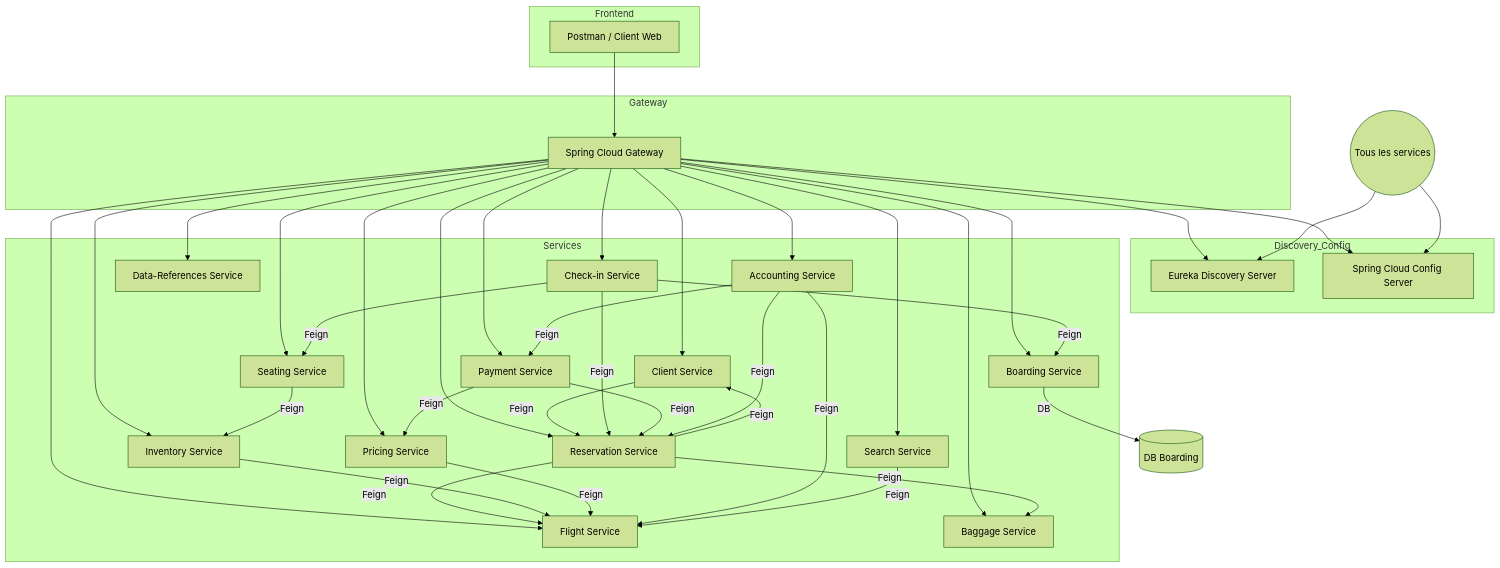
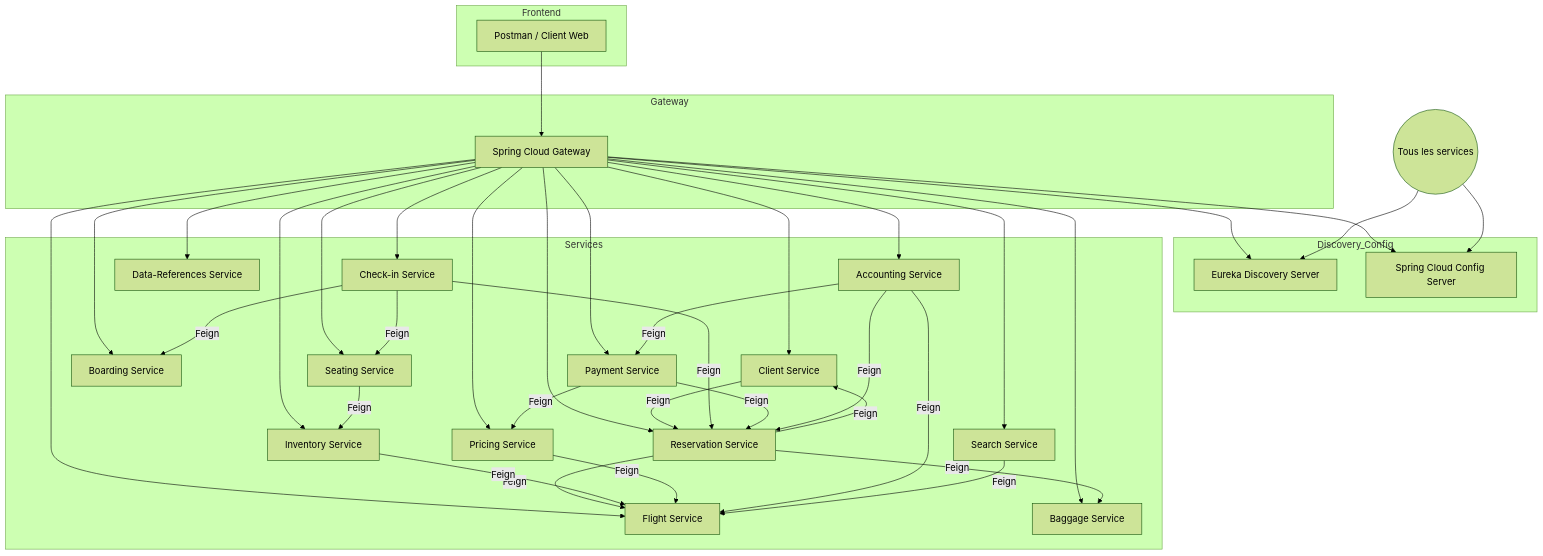
One commit to juliehuyen/FlightReservations changed the diagram in Diagramme d'architecture technique.mermaid. Above: the diagram before and after it, drawn with Mermaid (forest theme). The commit also changed other lines of this file, not shown here.

Commit message:
📝 Update Diagramme d'architecture technique.mermaid

```diff
--- a/Diagramme d'architecture technique.mermaid
+++ b/Diagramme d'architecture technique.mermaid
@@ -1,72 +1,71 @@
 
 graph TD
     subgraph Frontend
         Postman[Postman / Client Web]
     end
 
     subgraph Gateway
         GW[Spring Cloud Gateway]
     end
 
     subgraph Discovery_Config
         DISC[Eureka Discovery Server]
         CONFIG[Spring Cloud Config Server]
     end
 
     subgraph Services
         CLIENT[Client Service]
         RESERVATION[Reservation Service]
         FLIGHT[Flight Service]
         CHECKIN[Check-in Service]
         BOARDING[Boarding Service]
         SEATING[Seating Service]
         BAGGAGE[Baggage Service]
         INVENTORY[Inventory Service]
         PRICING[Pricing Service]
         PAYMENT[Payment Service]
         ACCOUNTING[Accounting Service]
         DATAREF[Data-References Service]
         SEARCH[Search Service]
     end
 
     Postman --> GW
     GW --> CLIENT
     GW --> RESERVATION
     GW --> FLIGHT
     GW --> CHECKIN
     GW --> BOARDING
     GW --> SEATING
     GW --> BAGGAGE
     GW --> INVENTORY
     GW --> PRICING
     GW --> PAYMENT
     GW --> ACCOUNTING
     GW --> DATAREF
     GW --> SEARCH
 
     CLIENT -->|Feign| RESERVATION
     RESERVATION -->|Feign| FLIGHT
     RESERVATION -->|Feign| CLIENT
     RESERVATION -->|Feign| BAGGAGE
 
     CHECKIN -->|Feign| RESERVATION
     CHECKIN -->|Feign| SEATING
     CHECKIN -->|Feign| BOARDING
 
-    BOARDING -->|DB| DB_BOARDING[(DB Boarding)]
     SEATING -->|Feign| INVENTORY
     INVENTORY -->|Feign| FLIGHT
 
     PRICING -->|Feign| FLIGHT
     PAYMENT -->|Feign| RESERVATION
     PAYMENT -->|Feign| PRICING
     ACCOUNTING -->|Feign| PAYMENT
     ACCOUNTING -->|Feign| RESERVATION
     ACCOUNTING -->|Feign| FLIGHT
 
     SEARCH -->|Feign| FLIGHT
 
     GW --> DISC
     GW --> CONFIG
     all_services((Tous les services)) --> DISC
     all_services --> CONFIG
```
